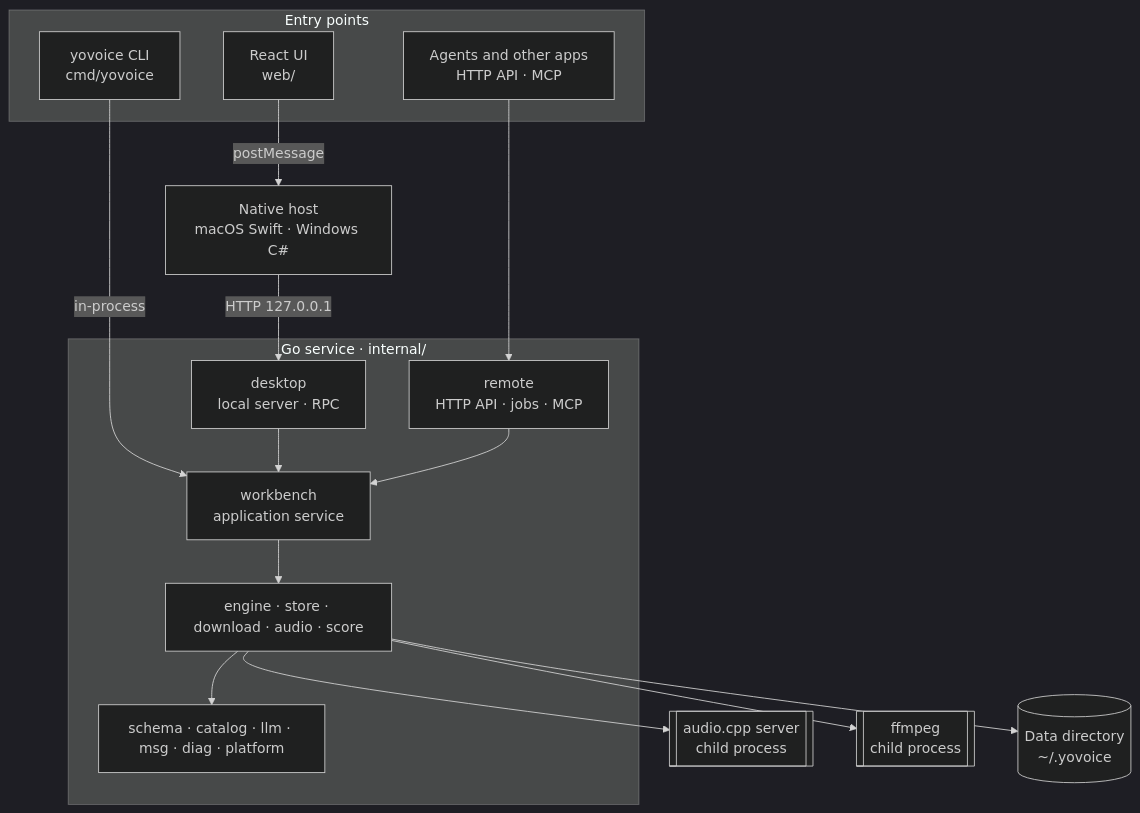
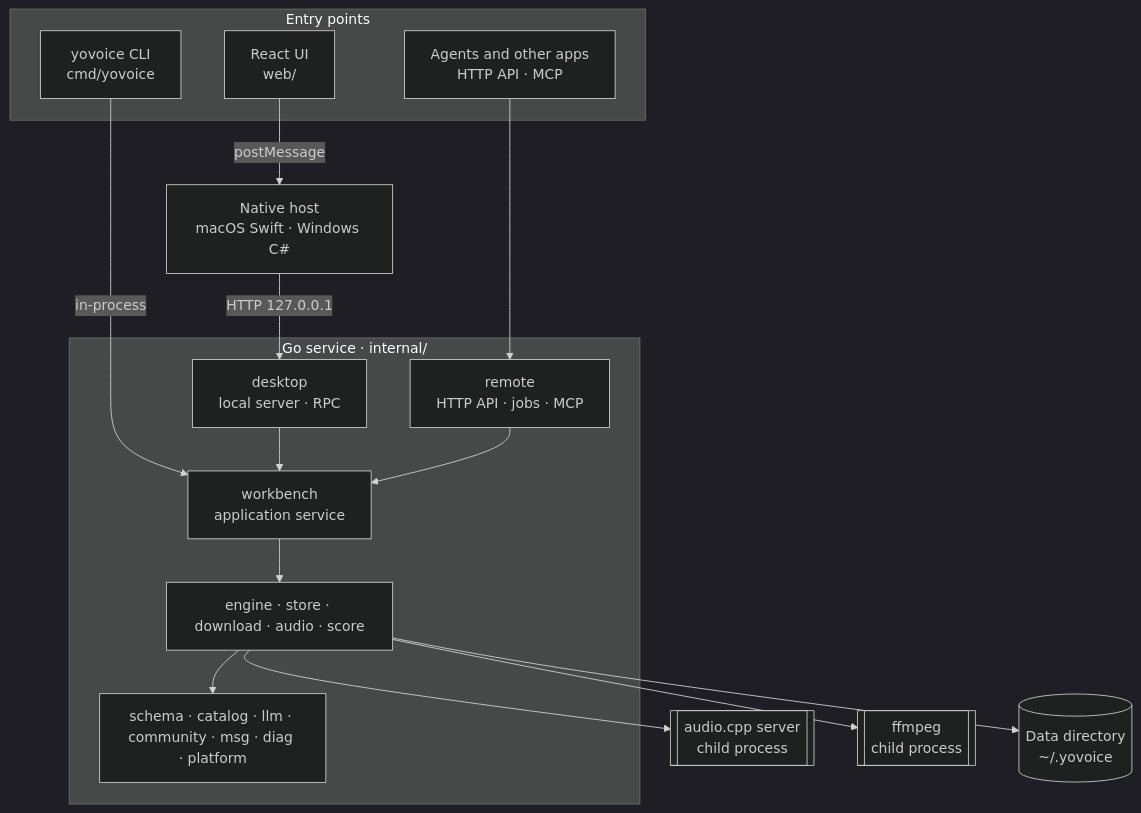
The first of 3 diagrams in docs/architecture.md (leemysw/yovoice), drawn with Mermaid (dark theme) before and after one commit. The commit also changed other lines of this file and 38 other files, not shown here.

````diff
--- a/docs/architecture.md
+++ b/docs/architecture.md
@@ -9,30 +9,30 @@
 ```mermaid
 flowchart TB
   subgraph clients[Entry points]
     ui["React UI<br/>web/"]
     cli["yovoice CLI<br/>cmd/yovoice"]
     agent["Agents and other apps<br/>HTTP API · MCP"]
   end
   host["Native host<br/>macOS Swift · Windows C#"]
   subgraph go["Go service · internal/"]
     desktop["desktop<br/>local server · RPC"]
     remote["remote<br/>HTTP API · jobs · MCP"]
     wb["workbench<br/>application service"]
     infra["engine · store · download · audio · score"]
-    leaf["schema · catalog · llm · msg · diag · platform"]
+    leaf["schema · catalog · llm · community · msg · diag · platform"]
   end
   engine[["audio.cpp server<br/>child process"]]
   ffmpeg[["ffmpeg<br/>child process"]]
   data[("Data directory<br/>~/.yovoice")]
 
   ui -- postMessage --> host
   host -- "HTTP 127.0.0.1" --> desktop
   cli -- in-process --> wb
   agent --> remote
   desktop --> wb
   remote --> wb
   wb --> infra --> leaf
   infra --> engine
   infra --> ffmpeg
   infra --> data
 ```
````
